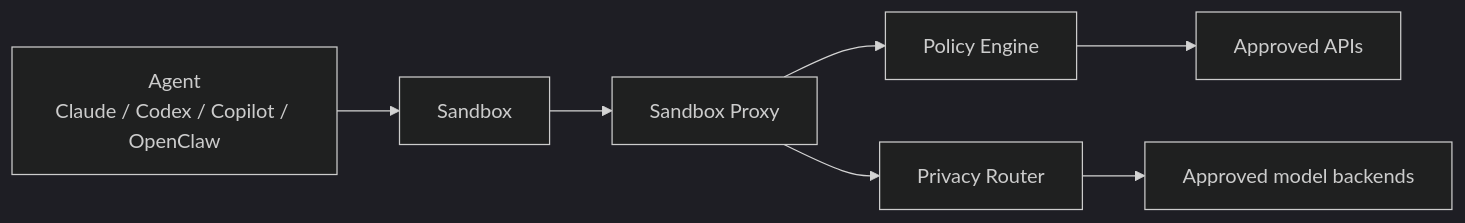
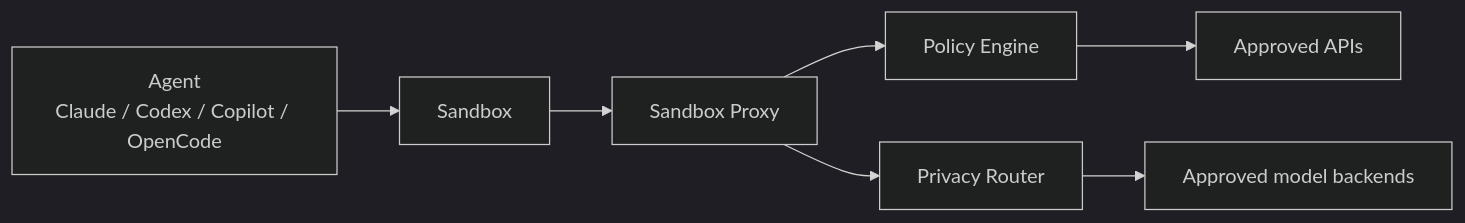
Before and after one commit to davidkaya/blog: the diagram in talks/lightning/NVIDIA OpenShell/presentation.md, drawn with Mermaid (dark theme). The commit also changed other lines of this file, not shown here.

````diff
--- a/talks/lightning/NVIDIA OpenShell/presentation.md
+++ b/talks/lightning/NVIDIA OpenShell/presentation.md
@@ -60,9 +60,9 @@
 ```mermaid
 flowchart LR
-    Agent["Agent<br/>Claude / Codex / Copilot / OpenClaw"] --> Sandbox["Sandbox"]
+    Agent["Agent<br/>Claude / Codex / Copilot / OpenCode"] --> Sandbox["Sandbox"]
     Sandbox --> Proxy["Sandbox Proxy"]
     Proxy --> Policy["Policy Engine"]
     Proxy --> Inference["Privacy Router"]
     Policy --> External["Approved APIs"]
     Inference --> Models["Approved model backends"]
 ```
````
